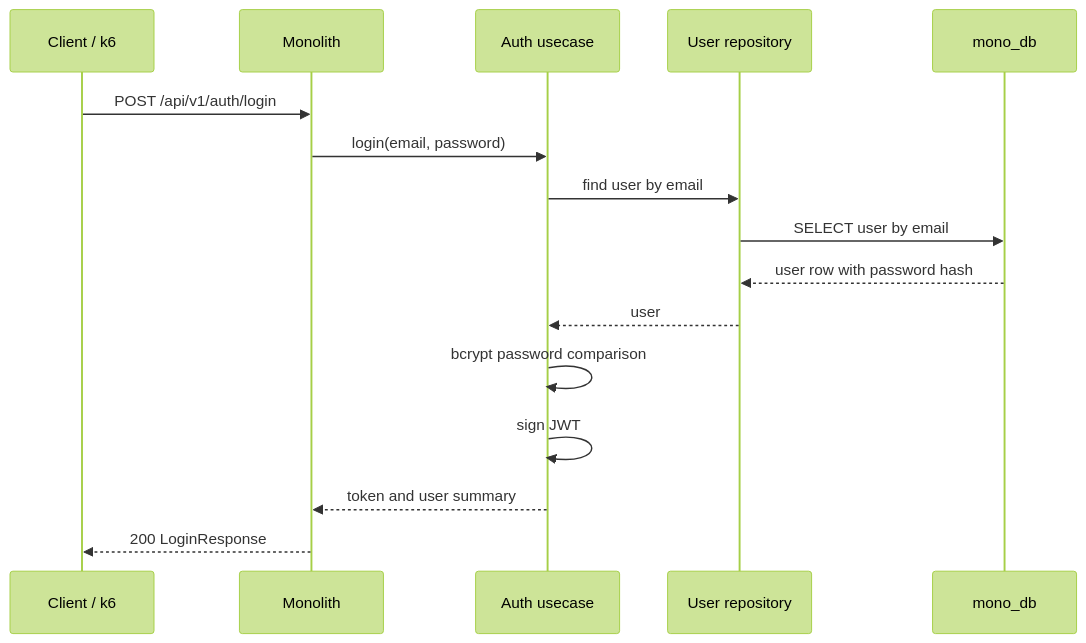
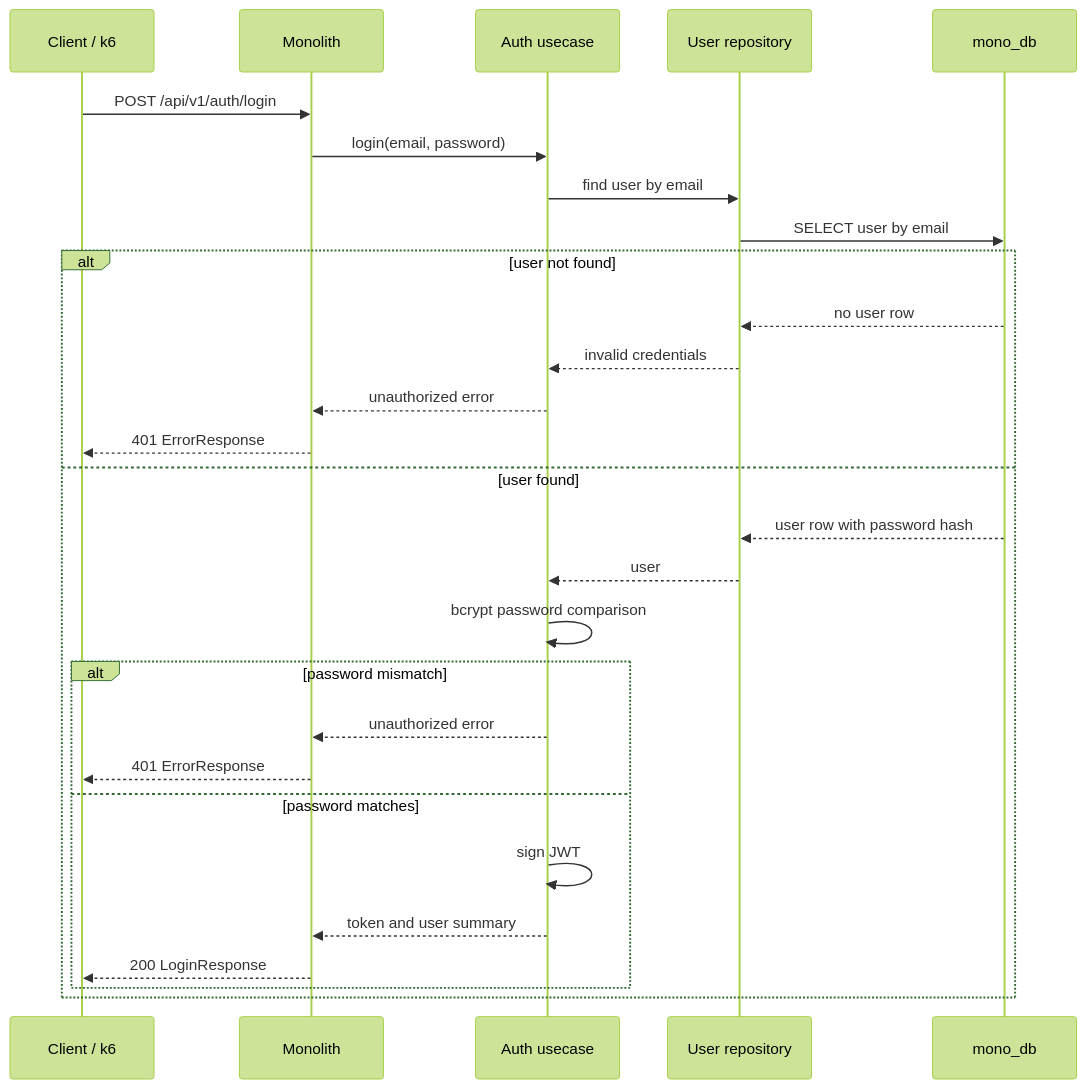
One commit to Ahmad-mufied/monolith-vs-microservice-thesis changed the first of 2 diagrams in docs/diagrams/login-sequence.md. Above: the diagram before and after it, drawn with Mermaid (forest theme). The commit also changed other lines of this file, not shown here.

Commit message:
docs: refine login sequence diagrams with detailed flow for error handling and success

````diff
--- a/docs/diagrams/login-sequence.md
+++ b/docs/diagrams/login-sequence.md
@@ -7,19 +7,31 @@
 ```mermaid
 sequenceDiagram
   participant K6 as Client / k6
   participant M as Monolith
   participant U as Auth usecase
   participant R as User repository
   participant DB as mono_db
 
   K6->>M: POST /api/v1/auth/login
   M->>U: login(email, password)
   U->>R: find user by email
   R->>DB: SELECT user by email
-  DB-->>R: user row with password hash
-  R-->>U: user
-  U->>U: bcrypt password comparison
-  U->>U: sign JWT
-  U-->>M: token and user summary
-  M-->>K6: 200 LoginResponse
+  alt user not found
+    DB-->>R: no user row
+    R-->>U: invalid credentials
+    U-->>M: unauthorized error
+    M-->>K6: 401 ErrorResponse
+  else user found
+    DB-->>R: user row with password hash
+    R-->>U: user
+    U->>U: bcrypt password comparison
+    alt password mismatch
+      U-->>M: unauthorized error
+      M-->>K6: 401 ErrorResponse
+    else password matches
+      U->>U: sign JWT
+      U-->>M: token and user summary
+      M-->>K6: 200 LoginResponse
+    end
+  end
 ```
````
